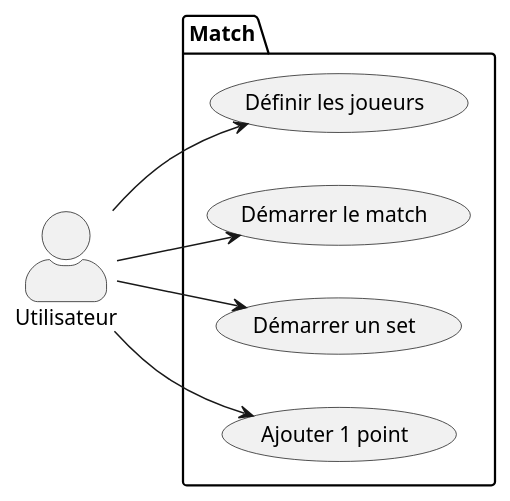
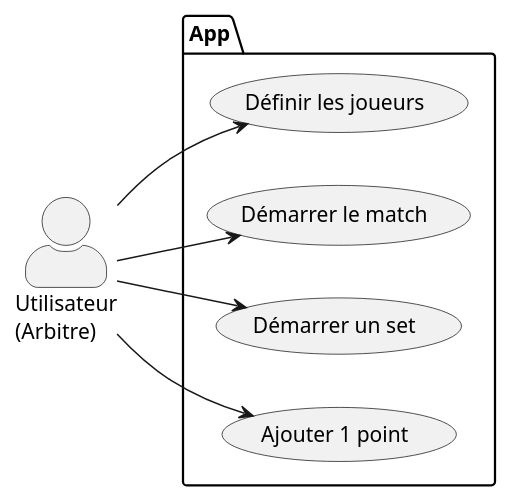
Before and after one commit to green68/ping-pong: the diagram in doc/useCase.puml, drawn with PlantUML.

Commit message:
refactoring

```diff
--- a/doc/useCase.puml
+++ b/doc/useCase.puml
@@ -1,17 +1,17 @@
 @startuml Match
 left to right direction
 
 skinparam actorStyle awesome
-"Utilisateur" as User
-package Match {
-    usecase "Définir les joueurs" as (Init)
+"Utilisateur\n(Arbitre)" as User
+package App {
+    usecase "Définir les joueurs" as (InitGame)
     usecase "Démarrer le match" as (StartGame)
     usecase "Démarrer un set" as (StartSet)
     usecase "Ajouter 1 point" as (AddPoint)
 }
 
-:User: --> (Init)
+:User: --> (InitGame)
 :User: --> (StartGame)
 :User: --> (StartSet)
 :User: --> (AddPoint)
 @enduml
```
